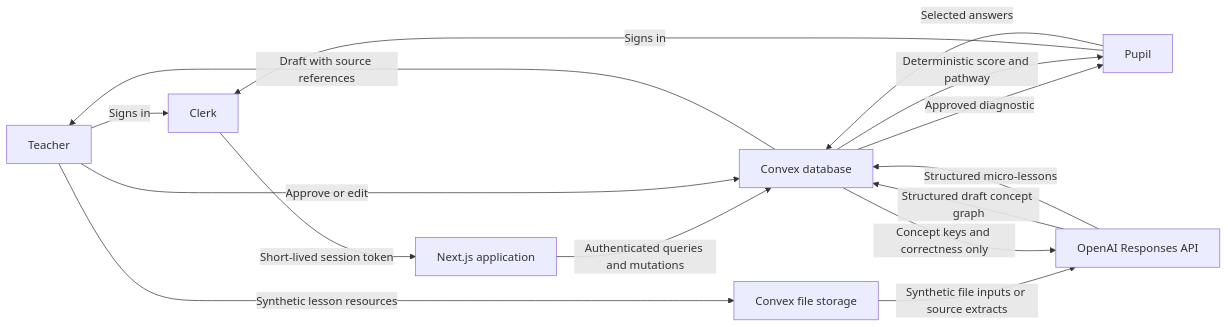
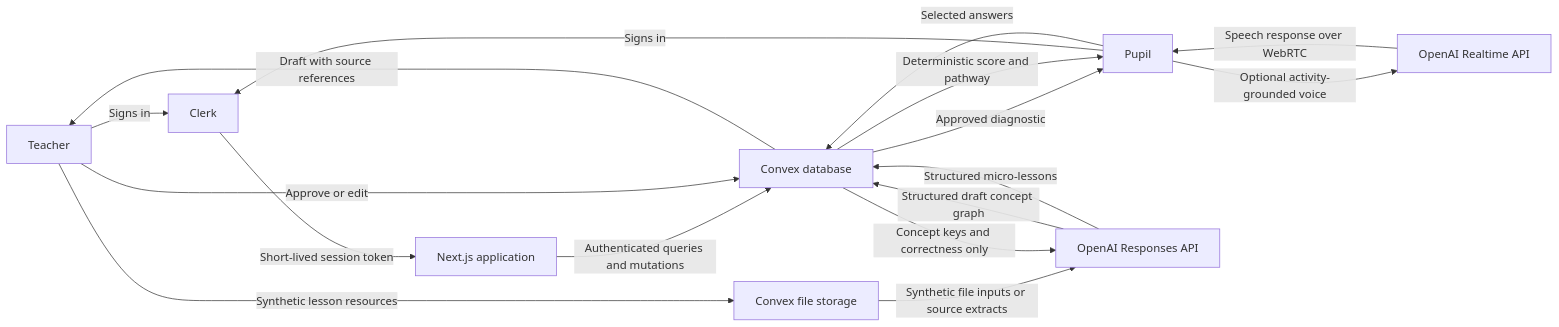
Before and after one commit to DanielButler1/BridgeBack: the diagram in docs/SAFETY-PRIVACY-DECISIONS.md, drawn with Mermaid. The commit also changed other lines of this file and 11 other files, not shown here.

Commit message:
feat(voice): add realtime learning conversations

````diff
--- a/docs/SAFETY-PRIVACY-DECISIONS.md
+++ b/docs/SAFETY-PRIVACY-DECISIONS.md
@@ -51,17 +51,19 @@
 ```mermaid
 flowchart LR
     T["Teacher"] -->|"Signs in"| C["Clerk"]
     P["Pupil"] -->|"Signs in"| C
     C -->|"Short-lived session token"| A["Next.js application"]
     A -->|"Authenticated queries and mutations"| X["Convex database"]
     T -->|"Synthetic lesson resources"| S["Convex file storage"]
     S -->|"Synthetic file inputs or source extracts"| O["OpenAI Responses API"]
     O -->|"Structured draft concept graph"| X
     X -->|"Draft with source references"| T
     T -->|"Approve or edit"| X
     X -->|"Approved diagnostic"| P
     P -->|"Selected answers"| X
     X -->|"Deterministic score and pathway"| P
     X -->|"Concept keys and correctness only"| O
     O -->|"Structured micro-lessons"| X
+    P -->|"Optional activity-grounded voice"| R["OpenAI Realtime API"]
+    R -->|"Speech response over WebRTC"| P
 ```
````
